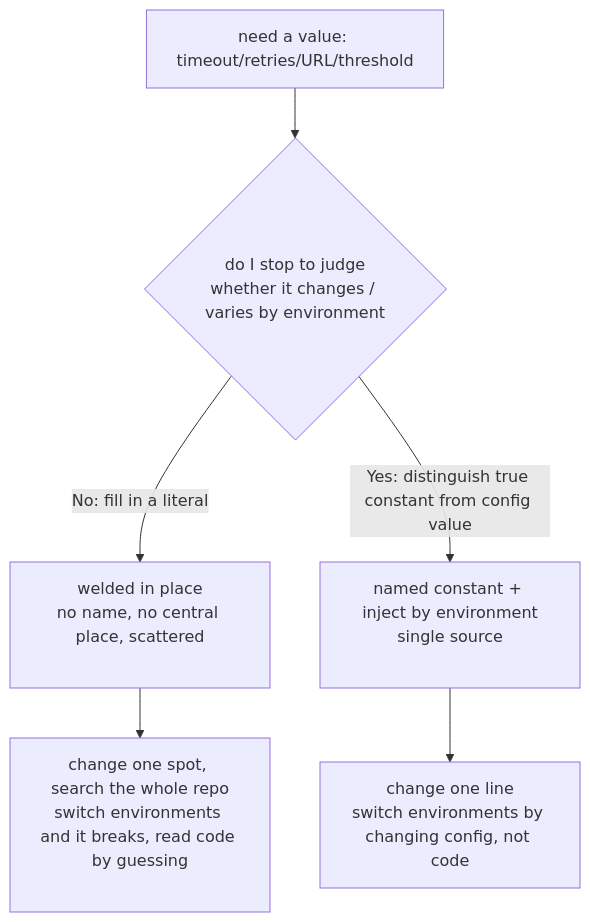
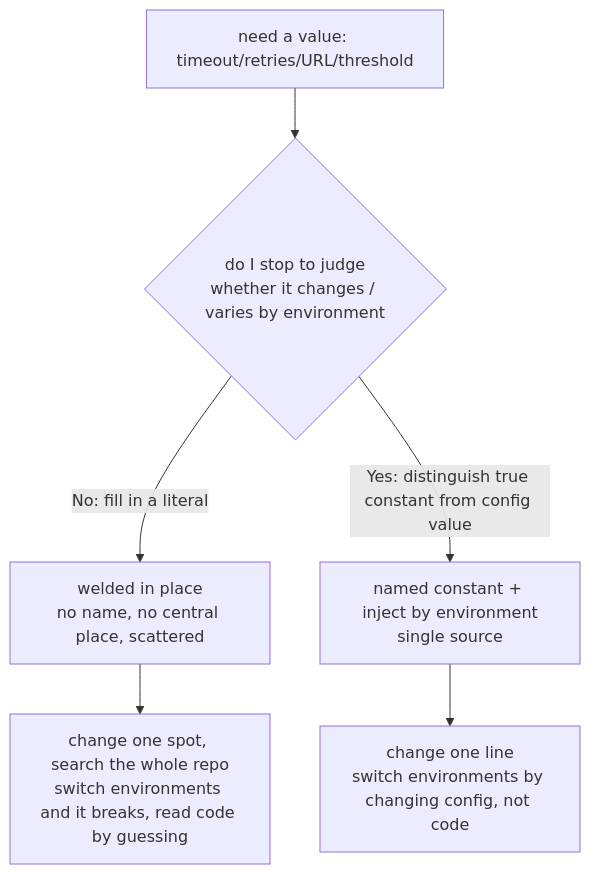
Before and after one commit to XuebinMa/AIWiki: the diagram in i18n/en/docusaurus-plugin-content-docs/current/04-detailed-design/magic-numbers-hardcoding.mdx, drawn with Mermaid. The commit also changed 99 other files, not shown here.

First line of the commit message:
fix(mermaid): 全局根治节点文字裁切（htmlLabels:false + 清理 br/nbsp 占位）(#26)

````diff
--- a/i18n/en/docusaurus-plugin-content-docs/current/04-detailed-design/magic-numbers-hardcoding.mdx
+++ b/i18n/en/docusaurus-plugin-content-docs/current/04-detailed-design/magic-numbers-hardcoding.mdx
@@ -44,8 +44,8 @@
 ```mermaid
 flowchart TD
     A[need a value: timeout/retries/URL/threshold] --> B{do I stop to judge<br/>whether it changes / varies by environment}
-    B -- No: fill in a literal --> C[welded in place<br/>no name, no central place, scattered<br/>&nbsp;]
-    B -- Yes: distinguish true constant from config value --> D[named constant + inject by environment<br/>single source<br/>&nbsp;]
-    C --> E[change one spot, search the whole repo<br/>switch environments and it breaks, read code by guessing<br/>&nbsp;]
+    B -- No: fill in a literal --> C[welded in place<br/>no name, no central place, scattered]
+    B -- Yes: distinguish true constant from config value --> D[named constant + inject by environment<br/>single source]
+    C --> E[change one spot, search the whole repo<br/>switch environments and it breaks, read code by guessing]
     D --> F[change one line<br/>switch environments by changing config, not code]
 ```
````
